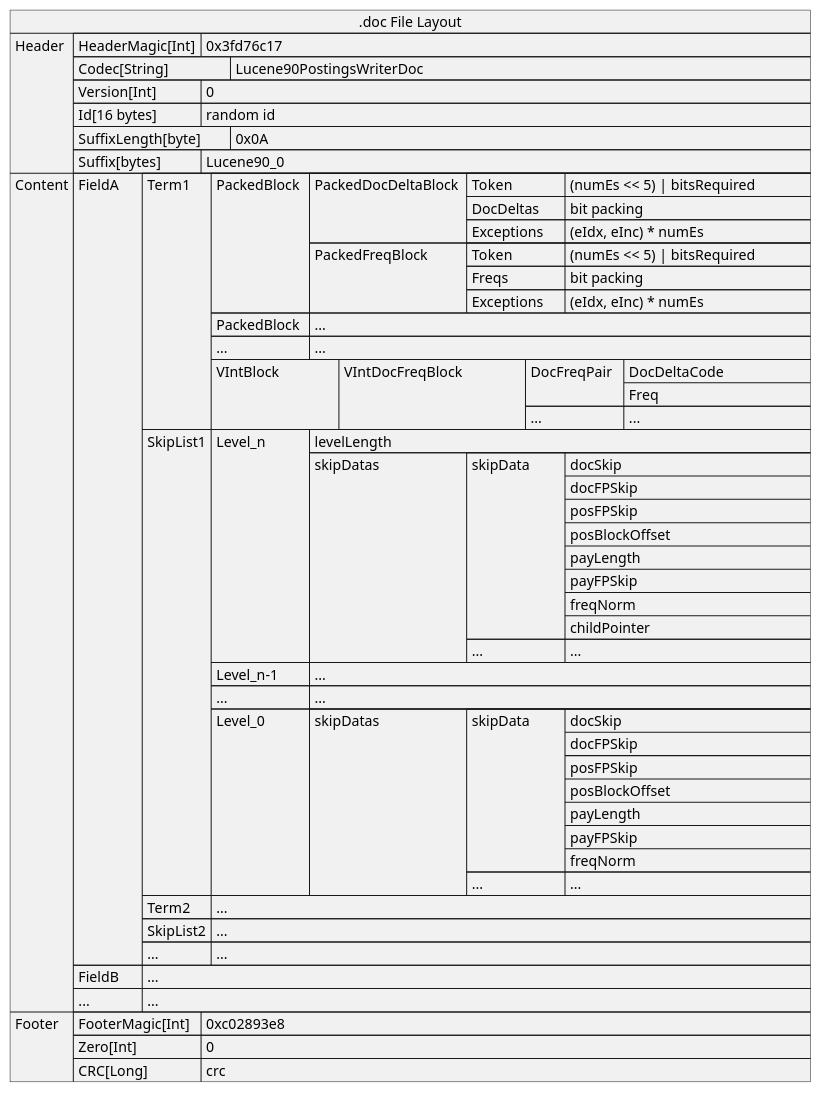
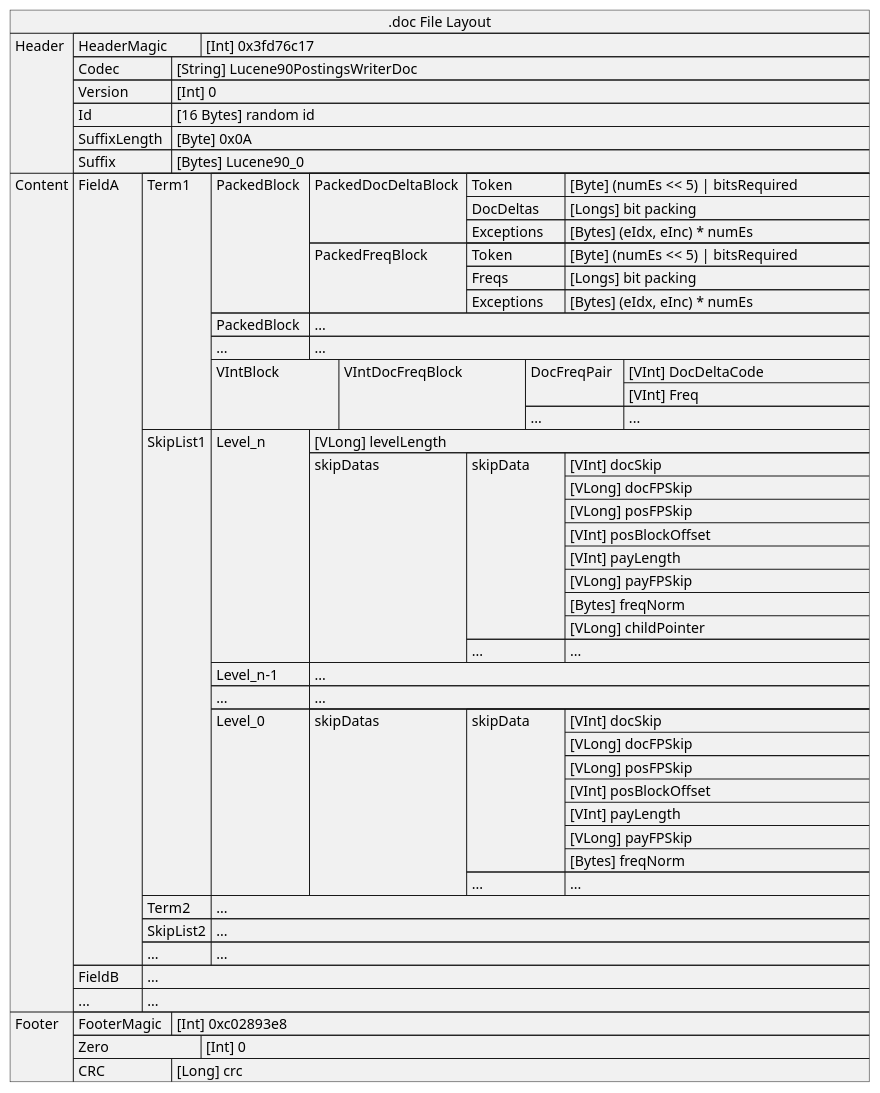
The diagram in uml/01.doc.puml (big-peter/lucene), drawn with PlantUML before and after one commit. The commit also changed other lines of this file and 5 other files, not shown here.

```diff
--- a/uml/01.doc.puml
+++ b/uml/01.doc.puml
@@ -42,87 +44,87 @@
 @startuml
 json ".doc File Layout" as J {
    "Header":[
-      {"HeaderMagic[Int]\t": "0x3fd76c17"},
-      {"Codec[String]\t\t": "Lucene90PostingsWriterDoc"},
-      {"Version[Int]\t\t": "0"},
-      {"Id[16 bytes]\t\t": "random id"},
-      {"SuffixLength[byte]\t": "0x0A"},
-      {"Suffix[bytes]\t\t": "Lucene90_0"}
+      {"HeaderMagic\t": "[Int] 0x3fd76c17"},
+      {"Codec\t\t": "[String] Lucene90PostingsWriterDoc"},
+      {"Version\t\t": "[Int] 0"},
+      {"Id\t\t\t": "[16 Bytes] random id"},
+      {"SuffixLength\t": "[Byte] 0x0A"},
+      {"Suffix\t\t": "[Bytes] Lucene90_0"}
    ],
    "Content":[
     {"FieldA\t": [
       {"Term1\t": [
          {"PackedBlock\t":[
             {"PackedDocDeltaBlock\t":[
-               {"Token\t\t": "(numEs << 5) | bitsRequired"},
-               {"DocDeltas\t": "bit packing"},
-               {"Exceptions\t": "(eIdx, eInc) * numEs"}
+               {"Token\t\t": "[Byte] (numEs << 5) | bitsRequired\t"},
+               {"DocDeltas\t": "[Longs] bit packing"},
+               {"Exceptions\t": "[Bytes] (eIdx, eInc) * numEs"}
             ]},
             {"PackedFreqBlock\t\t":[
-              {"Token\t\t": "(numEs << 5) | bitsRequired"},
-              {"Freqs\t\t": "bit packing"},
-              {"Exceptions\t": "(eIdx, eInc) * numEs"}
+              {"Token\t\t": "[Byte] (numEs << 5) | bitsRequired\t"},
+              {"Freqs\t\t": "[Longs] bit packing"},
+              {"Exceptions\t": "[Bytes] (eIdx, eInc) * numEs"}
             ]}
          ]},
          {"PackedBlock\t":["..."]},
          {"...\t\t\t":["..."]},
          {"VIntBlock\t\t":[
             {"VIntDocFreqBlock\t\t": [
                {"DocFreqPair\t": [
-                  "DocDeltaCode\t\t\t",
-                  "Freq"
+                  "[VInt] DocDeltaCode\t\t\t\t",
+                  "[VInt] Freq"
                ]},
                {"...\t\t\t": ["..."]}
             ]}
          ]}
       ]},
       {"SkipList1\t": [
          {"Level_n\t\t": [
-            "levelLength",
+            "[VLong] levelLength",
             {"skipDatas\t\t\t":[
                {"skipData\t\t":[
-                  "docSkip",
-                  "docFPSkip",
-                  "posFPSkip",
-                  "posBlockOffset\t\t\t",
-                  "payLength",
-                  "payFPSkip",
-                  "freqNorm",
-                  "childPointer"
+                  "[VInt] docSkip",
+                  "[VLong] docFPSkip",
+                  "[VLong] posFPSkip",
+                  "[VInt] posBlockOffset\t\t\t\t",
+                  "[VInt] payLength",
+                  "[VLong] payFPSkip",
+                  "[Bytes] freqNorm",
+                  "[VLong] childPointer"
                ]},
                {"...\t\t\t": "..."}
             ]
             }
          ]},
          {"Level_n-1\t": ["..."]},
          {"...\t\t\t": ["..."]},
          {"Level_0\t\t": [
             {"skipDatas\t\t\t":[
                {"skipData\t\t":[
-                  "docSkip",
-                  "docFPSkip",
-                  "posFPSkip",
-                  "posBlockOffset\t\t\t",
-                  "payLength",
-                  "payFPSkip",
-                  "freqNorm"
+                  "[VInt] docSkip",
+                  "[VLong] docFPSkip",
+                  "[VLong] posFPSkip",
+                  "[VInt] posBlockOffset\t\t\t\t",
+                  "[VInt] payLength",
+                  "[VLong] payFPSkip",
+                  "[Bytes] freqNorm"
                ]},
                {"...\t\t\t": "..."}
             ]
             }
          ]}
       ]},
       {"Term2\t": ["..."]},
       {"SkipList2\t": ["..."]},
       {"...\t\t": ["..."]}
     ]},
     {"FieldB\t":["..."]},
     {"...\t\t":["..."]}
    ],
    "Footer":[
-      {"FooterMagic[Int]\t": "0xc02893e8"},
-      {"Zero[Int]\t\t\t": "0"},
-      {"CRC[Long]\t\t": "crc"}
+      {"FooterMagic\t": "[Int] 0xc02893e8"},
+      {"Zero\t\t\t": "[Int] 0"},
+      {"CRC\t\t\t": "[Long] crc"}
    ]
 }
 @enduml
```
